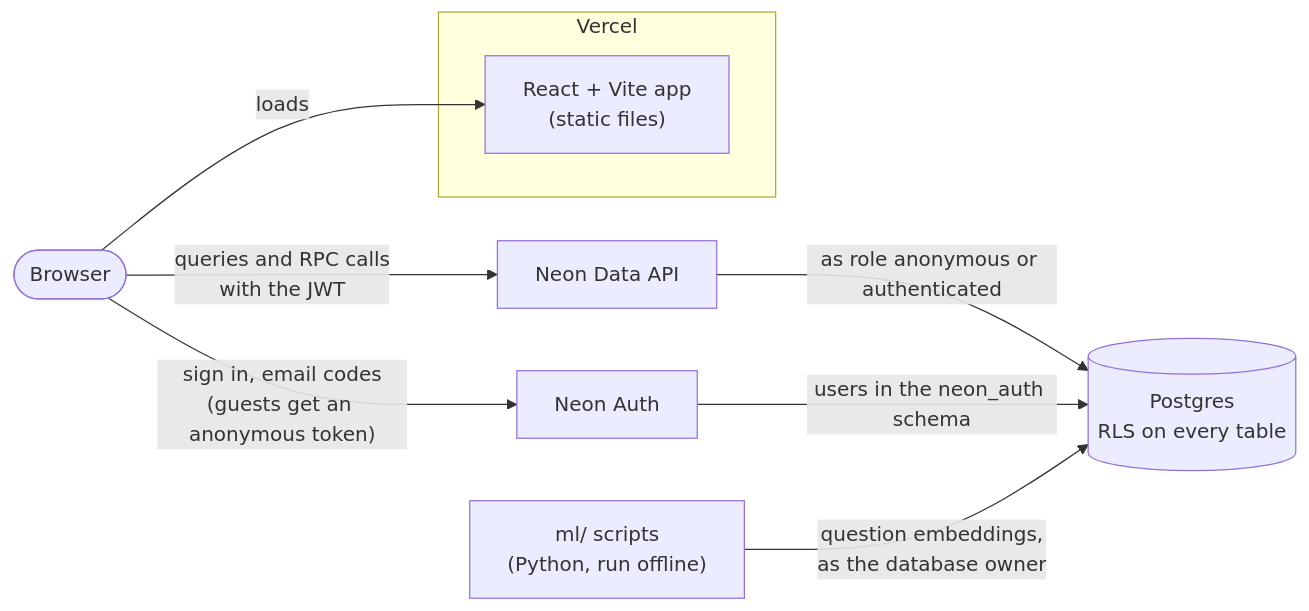
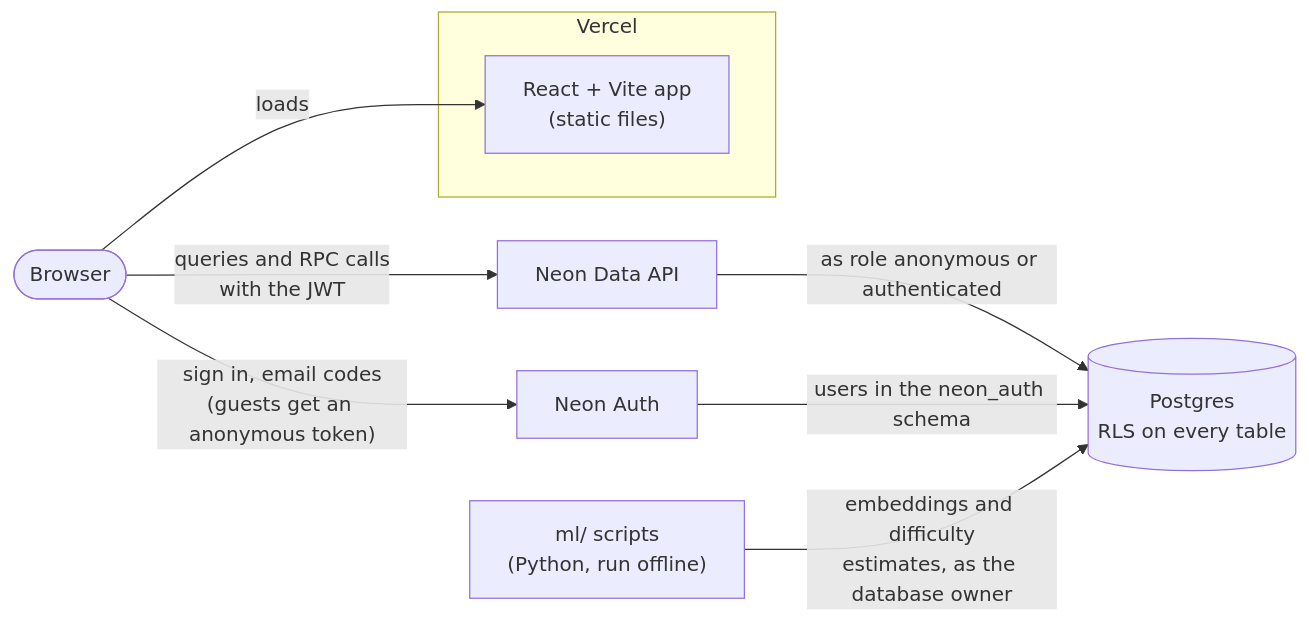
One commit to vishesharma14/vprep changed the diagram in README.md. Above: the diagram before and after it, drawn with Mermaid. The commit also changed other lines of this file and 16 other files, not shown here.

````diff
--- a/README.md
+++ b/README.md
@@ -125,12 +125,12 @@
 ```mermaid
 flowchart LR
   subgraph Vercel
     SPA["React + Vite app<br/>(static files)"]
   end
   User(["Browser"]) -->|loads| SPA
   User -->|"sign in, email codes<br/>(guests get an anonymous token)"| Auth["Neon Auth"]
   User -->|"queries and RPC calls<br/>with the JWT"| API["Neon Data API"]
   API -->|"as role anonymous or authenticated"| PG[("Postgres<br/>RLS on every table")]
   Auth -->|"users in the neon_auth schema"| PG
-  ML["ml/ scripts<br/>(Python, run offline)"] -->|"question embeddings,<br/>as the database owner"| PG
+  ML["ml/ scripts<br/>(Python, run offline)"] -->|"embeddings and difficulty<br/>estimates, as the database owner"| PG
 ```
````
